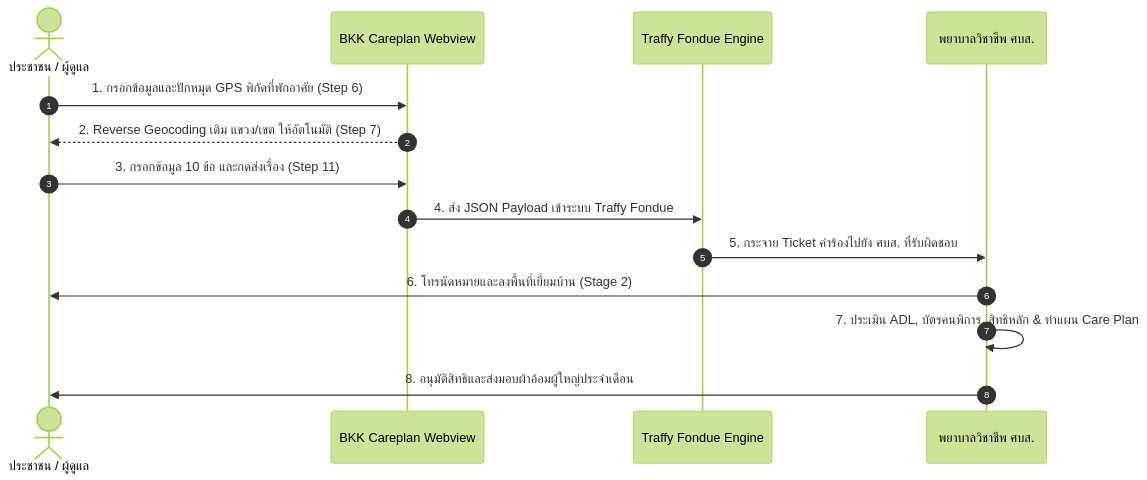
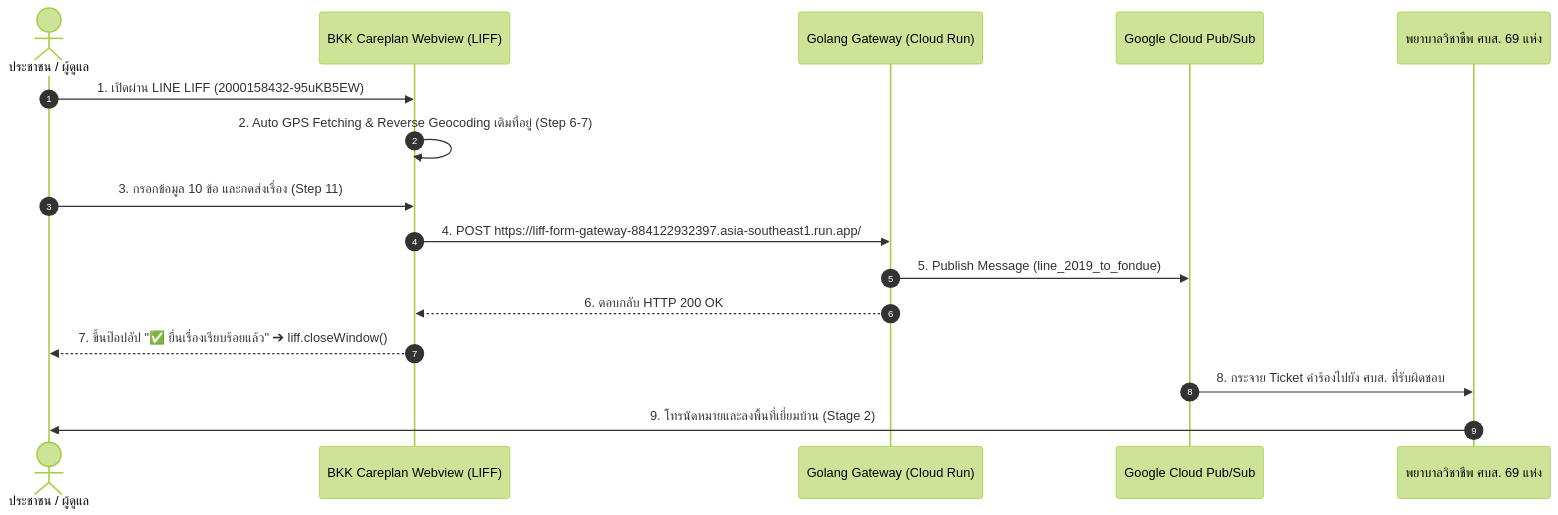
Before and after one commit to traffy-nectec/bkk-careplan: the diagram in docs/context.md, drawn with Mermaid (forest theme). The commit also changed 3 other files, not shown here.

Commit message:
docs: update README, OKF specification, Context, and add HANDOFF.md with production LIFF and Cloud Run details

````diff
--- a/docs/context.md
+++ b/docs/context.md
@@ -12,17 +12,19 @@
 ```mermaid
 sequenceDiagram
     autonumber
     actor User as ประชาชน / ผู้ดูแล
-    participant Webview as BKK Careplan Webview
-    participant API as Traffy Fondue Engine
-    participant Staff as พยาบาลวิชาชีพ ศบส.
+    participant Webview as BKK Careplan Webview (LIFF)
+    participant Gateway as Golang Gateway (Cloud Run)
+    participant PubSub as Google Cloud Pub/Sub
+    participant Staff as พยาบาลวิชาชีพ ศบส. 69 แห่ง
 
-    User->>Webview: 1. กรอกข้อมูลและปักหมุด GPS พิกัดที่พักอาศัย (Step 6)
-    Webview-->>User: 2. Reverse Geocoding เติม แขวง/เขต ให้อัตโนมัติ (Step 7)
+    User->>Webview: 1. เปิดผ่าน LINE LIFF (2000158432-95uKB5EW)
+    Webview->>Webview: 2. Auto GPS Fetching & Reverse Geocoding เติมที่อยู่ (Step 6-7)
     User->>Webview: 3. กรอกข้อมูล 10 ข้อ และกดส่งเรื่อง (Step 11)
-    Webview->>API: 4. ส่ง JSON Payload เข้าระบบ Traffy Fondue
-    API->>Staff: 5. กระจาย Ticket คำร้องไปยัง ศบส. ที่รับผิดชอบ
-    Staff->>User: 6. โทรนัดหมายและลงพื้นที่เยี่ยมบ้าน (Stage 2)
-    Staff->>Staff: 7. ประเมิน ADL, บัตรคนพิการ, สิทธิหลัก & ทำแผน Care Plan
-    Staff->>User: 8. อนุมัติสิทธิและส่งมอบผ้าอ้อมผู้ใหญ่ประจำเดือน
+    Webview->>Gateway: 4. POST https://liff-form-gateway-884122932397.asia-southeast1.run.app/
+    Gateway->>PubSub: 5. Publish Message (line_2019_to_fondue)
+    Gateway-->>Webview: 6. ตอบกลับ HTTP 200 OK
+    Webview-->>User: 7. ขึ้นป๊อปอัป "✅ ยื่นเรื่องเรียบร้อยแล้ว" ➔ liff.closeWindow()
+    PubSub->>Staff: 8. กระจาย Ticket คำร้องไปยัง ศบส. ที่รับผิดชอบ
+    Staff->>User: 9. โทรนัดหมายและลงพื้นที่เยี่ยมบ้าน (Stage 2)
 ```
````
